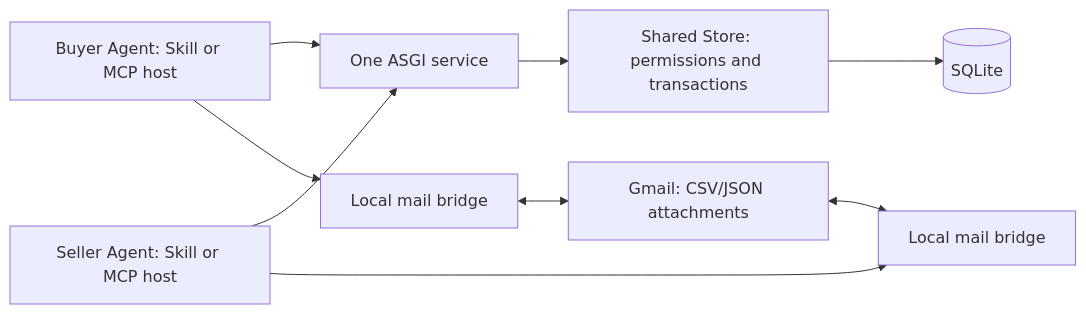
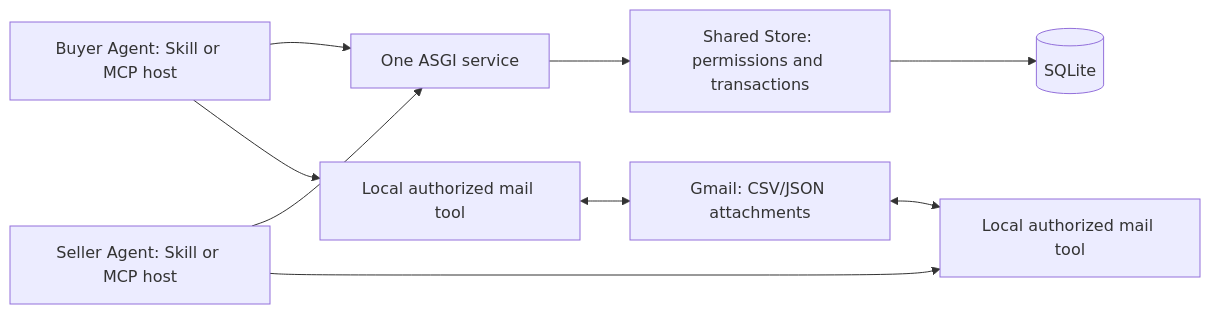
Before and after one commit to jefferysun95-cmyk/agent-market: the first of 2 diagrams in docs/architecture.md, drawn with Mermaid. The commit also changed other lines of this file and 9 other files, not shown here.

````diff
--- a/docs/architecture.md
+++ b/docs/architecture.md
@@ -3,11 +7,11 @@
 ```mermaid
 flowchart LR
   A[Buyer Agent: Skill or MCP host] --> S[One ASGI service]
   B[Seller Agent: Skill or MCP host] --> S
   S --> L[Shared Store: permissions and transactions]
   L --> D[(SQLite)]
-  A --> X[Local mail bridge]
-  B --> Y[Local mail bridge]
+  A --> X[Local authorized mail tool]
+  B --> Y[Local authorized mail tool]
   X <--> G[Gmail: CSV/JSON attachments]
   G <--> Y
 ```
````
